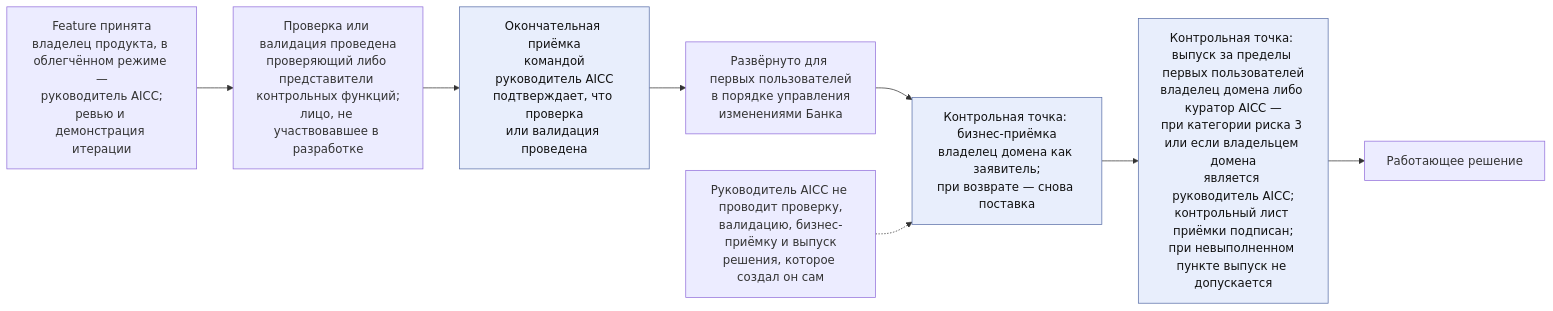
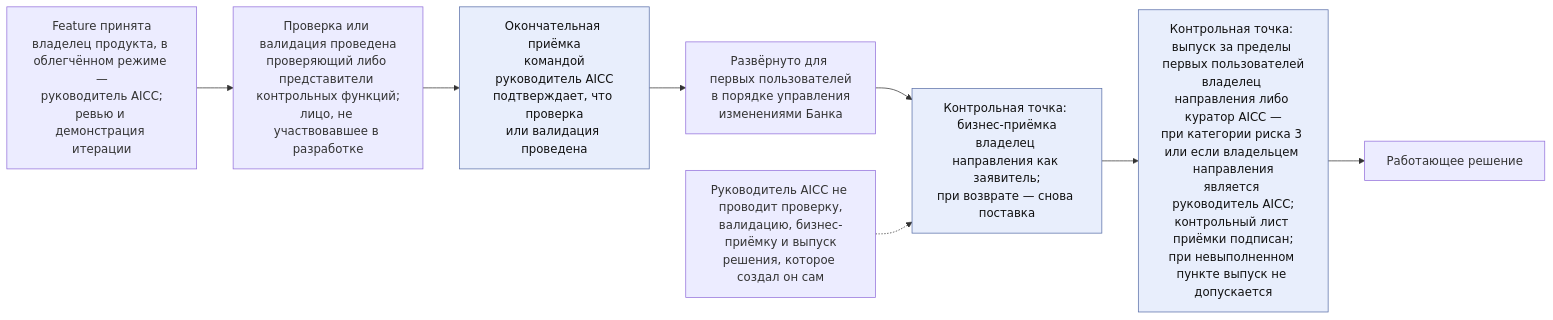
One commit to devhogu/ob-aicc changed the fifth of 5 diagrams in charter/ru/guides/service-delivery-guide.md. Above: the diagram before and after it, drawn with Mermaid. The commit also changed other lines of this file and 290 other files, not shown here.

First line of the commit message:
Russian edition: Domain is «направление» (владелец направления, эксперт направления); Strategic Priority 3 is «AI в работе направлений Банка»

````diff
--- a/charter/ru/guides/service-delivery-guide.md
+++ b/charter/ru/guides/service-delivery-guide.md
@@ -115,12 +115,12 @@
 ```mermaid
 flowchart LR
   FA["Feature принята<br/>владелец продукта, в облегчённом режиме —<br/>руководитель AICC;<br/>ревью и демонстрация итерации"] --> CV["Проверка или валидация проведена<br/>проверяющий либо представители контрольных функций;<br/>лицо, не участвовавшее в разработке"]
   CV --> TF["Окончательная приёмка<br/>командой<br/>руководитель AICC<br/>подтверждает, что проверка<br/>или валидация проведена"]
   TF --> DP["Развёрнуто для первых пользователей<br/>в порядке управления<br/>изменениями Банка"]
-  DP --> BA["Контрольная точка: бизнес-приёмка<br/>владелец домена как заявитель;<br/>при возврате — снова поставка"]
-  BA --> RL["Контрольная точка: выпуск за пределы первых пользователей<br/>владелец домена либо куратор AICC —<br/>при категории риска 3 или если владельцем домена<br/>является руководитель AICC;<br/>контрольный лист приёмки подписан;<br/>при невыполненном пункте выпуск не допускается"]
+  DP --> BA["Контрольная точка: бизнес-приёмка<br/>владелец направления как заявитель;<br/>при возврате — снова поставка"]
+  BA --> RL["Контрольная точка: выпуск за пределы первых пользователей<br/>владелец направления либо куратор AICC —<br/>при категории риска 3 или если владельцем направления<br/>является руководитель AICC;<br/>контрольный лист приёмки подписан;<br/>при невыполненном пункте выпуск не допускается"]
   RL --> LV["Работающее решение"]
   NT["Руководитель AICC не проводит проверку,<br/>валидацию, бизнес-приёмку и выпуск<br/>решения, которое создал он сам"] -.-> BA
   classDef gate fill:#e8eefc,stroke:#5a6fa8,color:#111
   class TF,BA,RL gate
 ```
````
